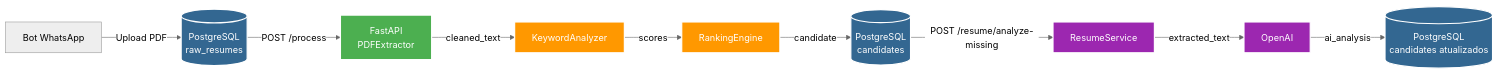
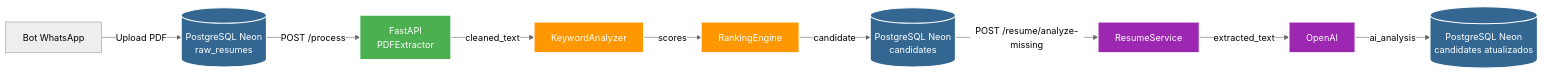
One commit to GPetrolini/curriculum-bot-ranker changed the diagram in docs/backend/index.md. Above: the diagram before and after it, drawn with Mermaid (neutral theme). The commit also changed 3 other files, not shown here.

Commit message:
docs: reorganiza README e atualiza documentação com PostgreSQL Neon e instruções de testes

````diff
--- a/docs/backend/index.md
+++ b/docs/backend/index.md
@@ -16,20 +16,20 @@
 ```mermaid
 graph LR
-    A[Bot WhatsApp] -->|Upload PDF| B[(PostgreSQL<br/>raw_resumes)]
+    A[Bot WhatsApp] -->|Upload PDF| B[(PostgreSQL Neon<br/>raw_resumes)]
     B -->|POST /process| C[FastAPI<br/>PDFExtractor]
     C -->|cleaned_text| D[KeywordAnalyzer]
     D -->|scores| E[RankingEngine]
-    E -->|candidate| F[(PostgreSQL<br/>candidates)]
+    E -->|candidate| F[(PostgreSQL Neon<br/>candidates)]
     F -->|POST /resume/analyze-missing| G[ResumeService]
     G -->|extracted_text| H[OpenAI]
-    H -->|ai_analysis| I[(PostgreSQL<br/>candidates atualizados)]
+    H -->|ai_analysis| I[(PostgreSQL Neon<br/>candidates atualizados)]
 
     style B fill:#336791,stroke:#fff,stroke-width:2px,color:#fff
     style F fill:#336791,stroke:#fff,stroke-width:2px,color:#fff
     style I fill:#336791,stroke:#fff,stroke-width:2px,color:#fff
     style C fill:#4CAF50,stroke:#fff,stroke-width:2px,color:#fff
     style D fill:#FF9800,stroke:#fff,stroke-width:2px,color:#fff
     style E fill:#FF9800,stroke:#fff,stroke-width:2px,color:#fff
     style G fill:#9C27B0,stroke:#fff,stroke-width:2px,color:#fff
     style H fill:#9C27B0,stroke:#fff,stroke-width:2px,color:#fff
 ```
````
